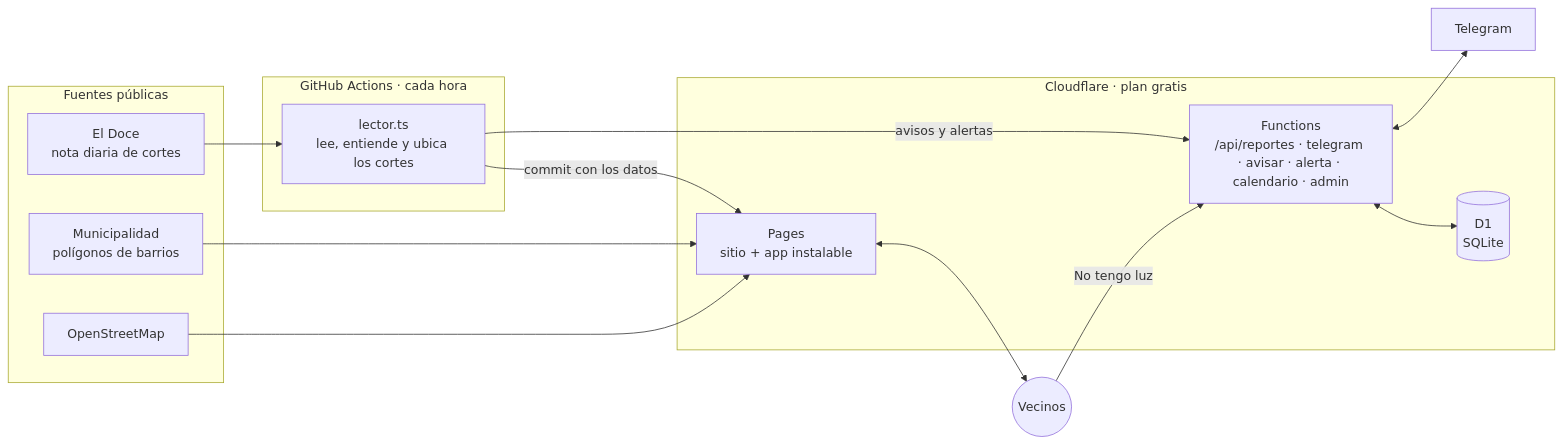
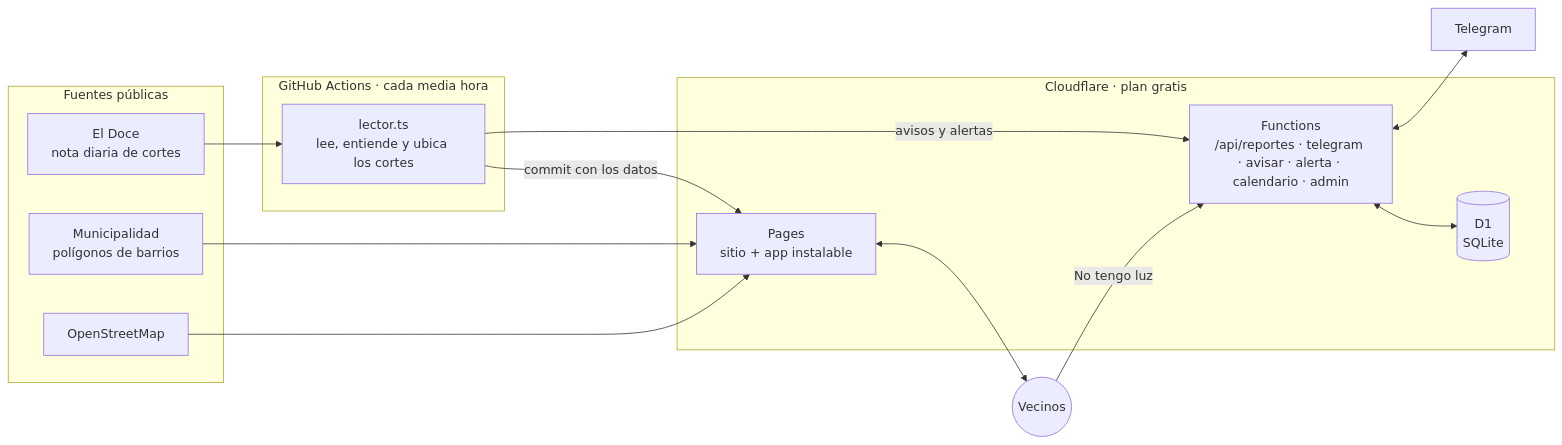
Before and after one commit to NicolasGonzalezSueyro/tengo-luz: the diagram in README.md, drawn with Mermaid. The commit also changed other lines of this file and 12 other files, not shown here.

Commit message:
Fallas confirmadas por EPEC desde el bot y robot cada media hora

````diff
--- a/README.md
+++ b/README.md
@@ -39,25 +40,25 @@
 ```mermaid
 flowchart LR
   subgraph fuentes[Fuentes públicas]
     doce[El Doce<br/>nota diaria de cortes]
     muni[Municipalidad<br/>polígonos de barrios]
     osm[OpenStreetMap]
   end
-  subgraph gh[GitHub Actions · cada hora]
+  subgraph gh[GitHub Actions · cada media hora]
     lector[lector.ts<br/>lee, entiende y ubica los cortes]
   end
   subgraph cf[Cloudflare · plan gratis]
     pages[Pages<br/>sitio + app instalable]
     api["Functions<br/>/api/reportes · telegram · avisar · alerta · calendario · admin"]
     db[(D1<br/>SQLite)]
   end
   doce --> lector
   muni --> pages
   osm --> pages
   lector -- commit con los datos --> pages
   lector -- avisos y alertas --> api
   pages <--> vecinos((Vecinos))
   vecinos -- No tengo luz --> api
   api <--> db
   api <--> telegram[Telegram]
 ```
````
